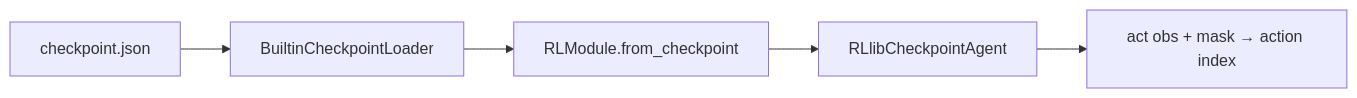
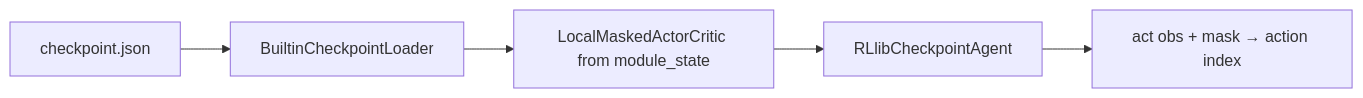
One commit to shanmukh05/AresSim changed the sixth of 6 diagrams in engine/aresim/algorithms/ppo/workflow.md. Above: the diagram before and after it, drawn with Mermaid. The commit also changed other lines of this file and 100 other files, not shown here.

Commit message:
Added JarvisLabs Training script, Masked DQN, Jev as Agent. Deleted all the unittests

````diff
--- a/engine/aresim/algorithms/ppo/workflow.md
+++ b/engine/aresim/algorithms/ppo/workflow.md
@@ -523,7 +527,7 @@
 ```mermaid
 flowchart LR
     JSON[checkpoint.json] --> Loader[BuiltinCheckpointLoader]
-    Loader --> RLMod[RLModule.from_checkpoint]
-    RLMod --> Agent[RLlibCheckpointAgent]
+    Loader --> Core[LocalMaskedActorCritic from module_state]
+    Core --> Agent[RLlibCheckpointAgent]
     Agent --> Act[act obs + mask → action index]
 ```
````
